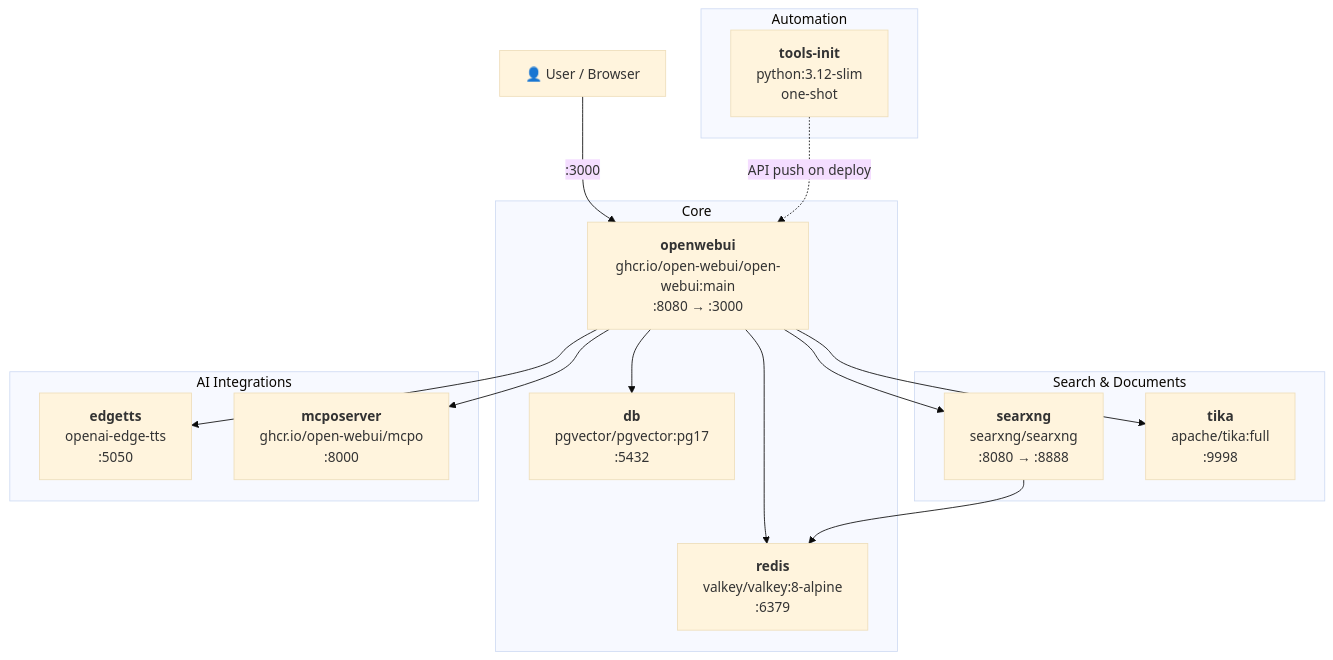
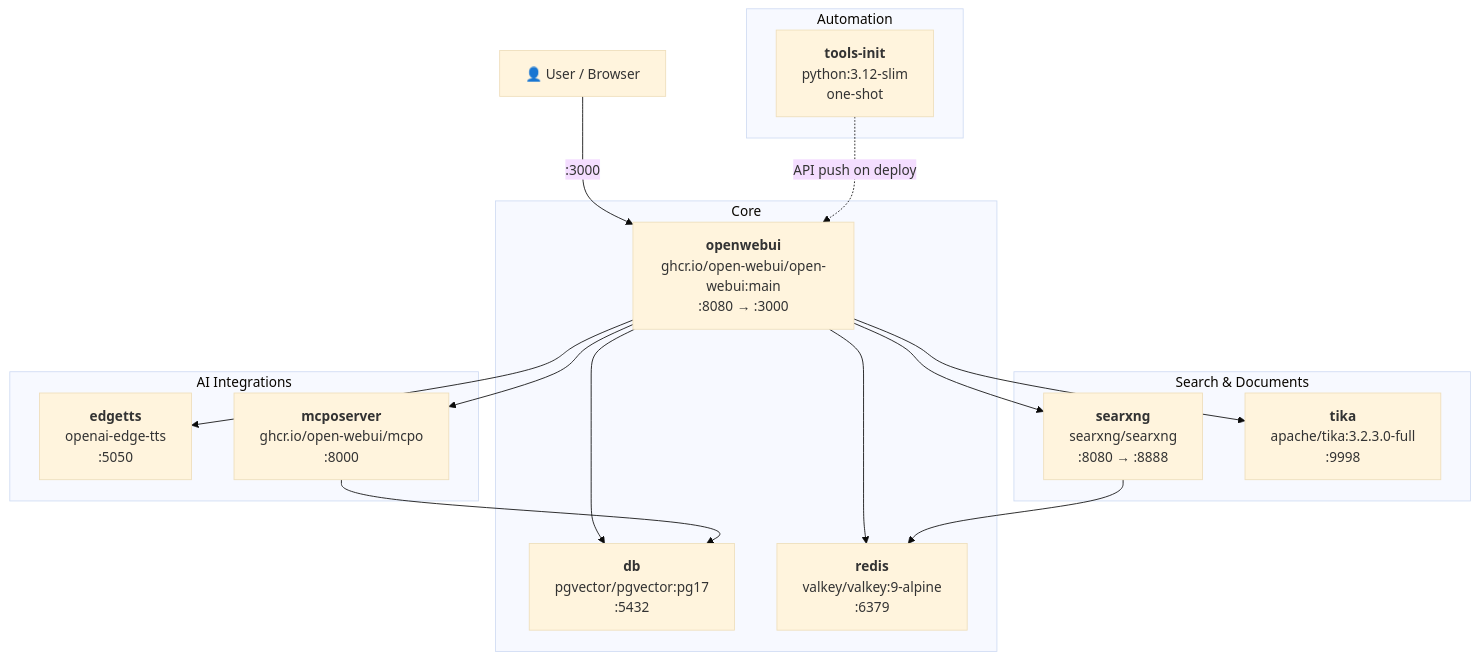
One commit to BitWise-0x/open-webui-ultimate-stack changed the diagram in README.md. Above: the diagram before and after it, drawn with Mermaid (base theme). The commit also changed other lines of this file and 9 other files, not shown here.

First line of the commit message:
update stack: Valkey 9, Tika 3.2.3.0, wait-for-services, deploy hardening

````diff
--- a/README.md
+++ b/README.md
@@ -45,34 +45,35 @@
 ```mermaid
 graph TD
     User["👤 User / Browser"]
 
     subgraph Core
         owui["<b>openwebui</b><br>ghcr.io/open-webui/open-webui:main<br>:8080 → :3000"]
         db["<b>db</b><br>pgvector/pgvector:pg17<br>:5432"]
-        redis["<b>redis</b><br>valkey/valkey:8-alpine<br>:6379"]
+        redis["<b>redis</b><br>valkey/valkey:9-alpine<br>:6379"]
     end
 
     subgraph Search & Documents
         searxng["<b>searxng</b><br>searxng/searxng<br>:8080 → :8888"]
-        tika["<b>tika</b><br>apache/tika:full<br>:9998"]
+        tika["<b>tika</b><br>apache/tika:3.2.3.0-full<br>:9998"]
     end
 
     subgraph AI Integrations
         edgetts["<b>edgetts</b><br>openai-edge-tts<br>:5050"]
         mcpo["<b>mcposerver</b><br>ghcr.io/open-webui/mcpo<br>:8000"]
     end
 
     subgraph Automation
         tools["<b>tools-init</b><br>python:3.12-slim<br>one-shot"]
     end
 
     User -->|":3000"| owui
     owui --> db
     owui --> redis
     owui --> searxng
     owui --> tika
     owui --> edgetts
     owui --> mcpo
     searxng --> redis
+    mcpo --> db
     tools -.->|"API push on deploy"| owui
 ```
````
